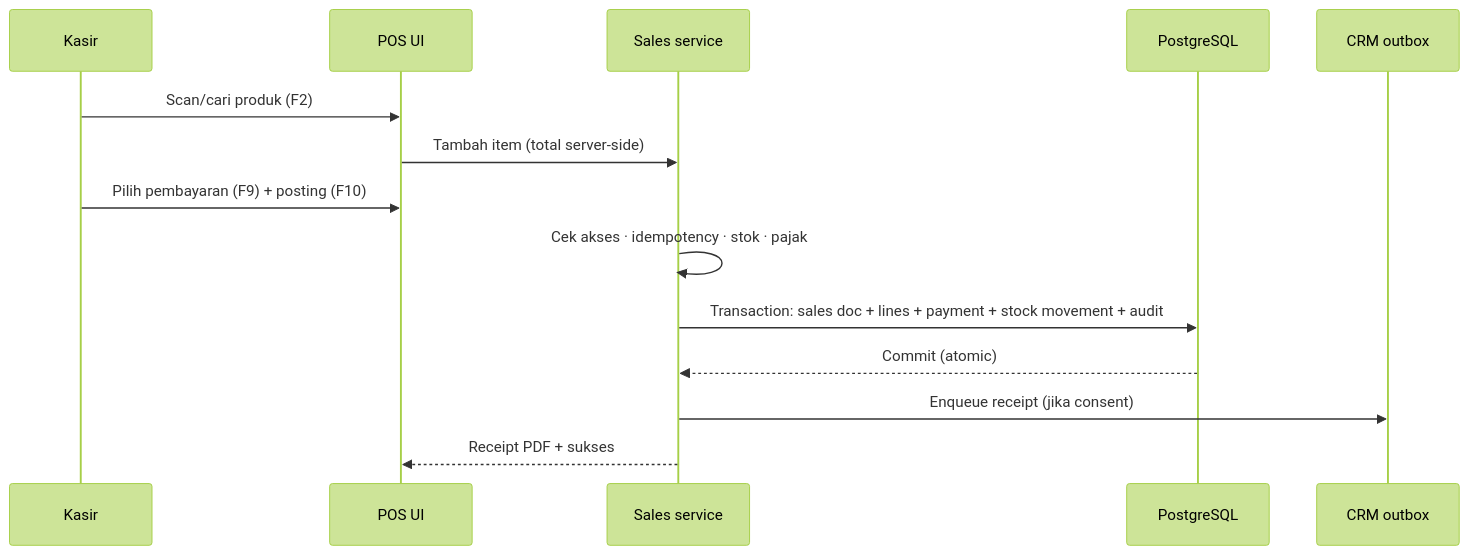
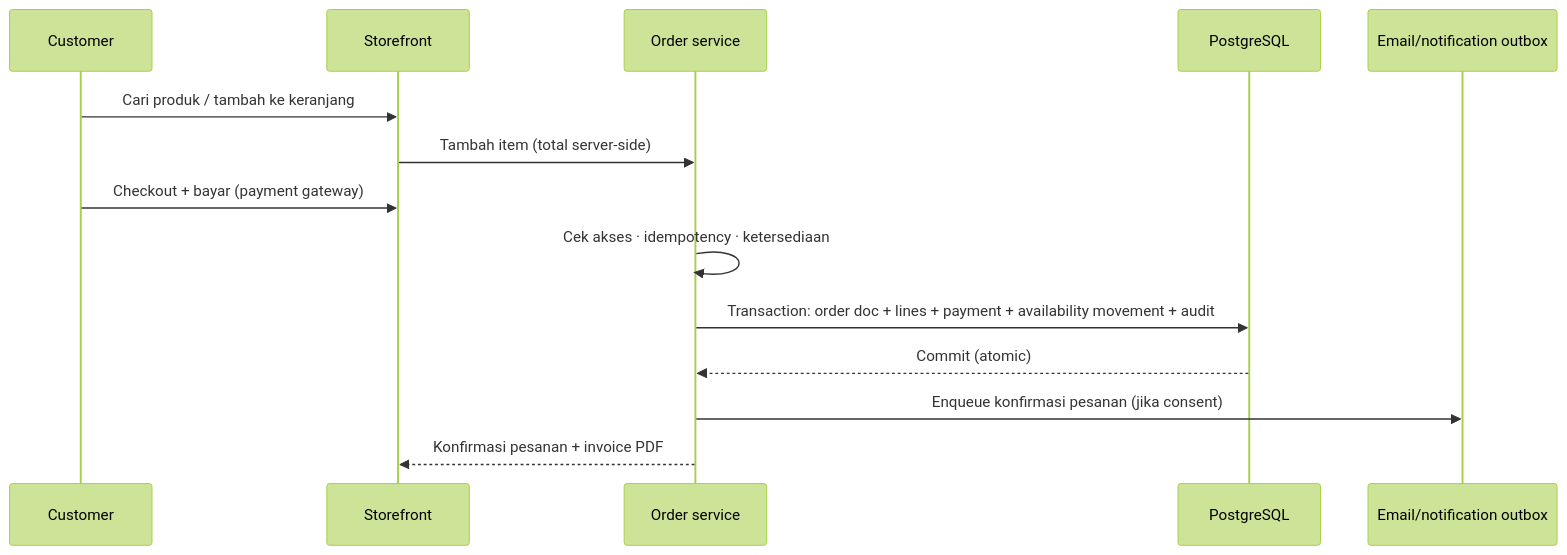
One commit to ahliweb/awcms-micro changed the second of 4 diagrams in docs/awcms-micro/08_sop_operasional_user_guide.md. Above: the diagram before and after it, drawn with Mermaid (forest theme). The commit also changed other lines of this file and 24 other files, not shown here.

````diff
--- a/docs/awcms-micro/08_sop_operasional_user_guide.md
+++ b/docs/awcms-micro/08_sop_operasional_user_guide.md
@@ -248,16 +223,16 @@
 ```mermaid
 sequenceDiagram
-  participant K as Kasir
-  participant POS as POS UI
-  participant SVC as Sales service
+  participant C as Customer
+  participant WEB as Storefront
+  participant SVC as Order service
   participant DB as PostgreSQL
-  participant CRM as CRM outbox
-  K->>POS: Scan/cari produk (F2)
-  POS->>SVC: Tambah item (total server-side)
-  K->>POS: Pilih pembayaran (F9) + posting (F10)
-  SVC->>SVC: Cek akses · idempotency · stok · pajak
-  SVC->>DB: Transaction: sales doc + lines + payment + stock movement + audit
+  participant OUT as Email/notification outbox
+  C->>WEB: Cari produk / tambah ke keranjang
+  WEB->>SVC: Tambah item (total server-side)
+  C->>WEB: Checkout + bayar (payment gateway)
+  SVC->>SVC: Cek akses · idempotency · ketersediaan
+  SVC->>DB: Transaction: order doc + lines + payment + availability movement + audit
   DB-->>SVC: Commit (atomic)
-  SVC->>CRM: Enqueue receipt (jika consent)
-  SVC-->>POS: Receipt PDF + sukses
+  SVC->>OUT: Enqueue konfirmasi pesanan (jika consent)
+  SVC-->>WEB: Konfirmasi pesanan + invoice PDF
 ```
````
